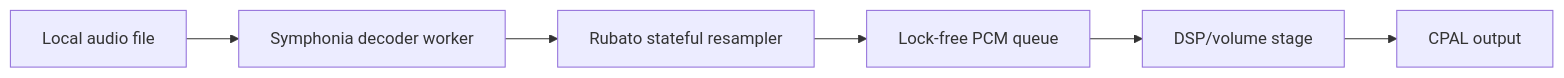
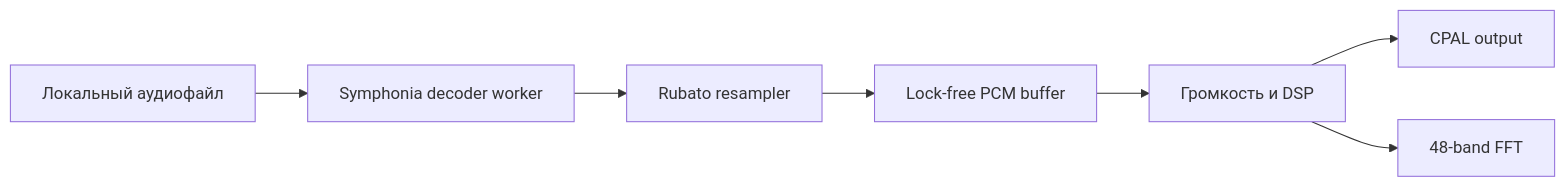
The second of 2 diagrams in README.md (2008MishaPro/the-best-player-music-of-the-world), drawn with Mermaid before and after one commit. The commit also changed other lines of this file, not shown here.

````diff
--- a/README.md
+++ b/README.md
@@ -71,8 +184,9 @@
 ```mermaid
 flowchart LR
-    FILE[Local audio file] --> DECODER[Symphonia decoder worker]
-    DECODER --> RESAMPLER[Rubato stateful resampler]
-    RESAMPLER --> BUFFER[Lock-free PCM queue]
-    BUFFER --> DSP[DSP/volume stage]
-    DSP --> OUTPUT[CPAL output]
+    FILE["Локальный аудиофайл"] --> DECODER["Symphonia decoder worker"]
+    DECODER --> RESAMPLER["Rubato resampler"]
+    RESAMPLER --> BUFFER["Lock-free PCM buffer"]
+    BUFFER --> DSP["Громкость и DSP"]
+    DSP --> OUTPUT["CPAL output"]
+    DSP --> FFT["48-band FFT"]
 ```
````
